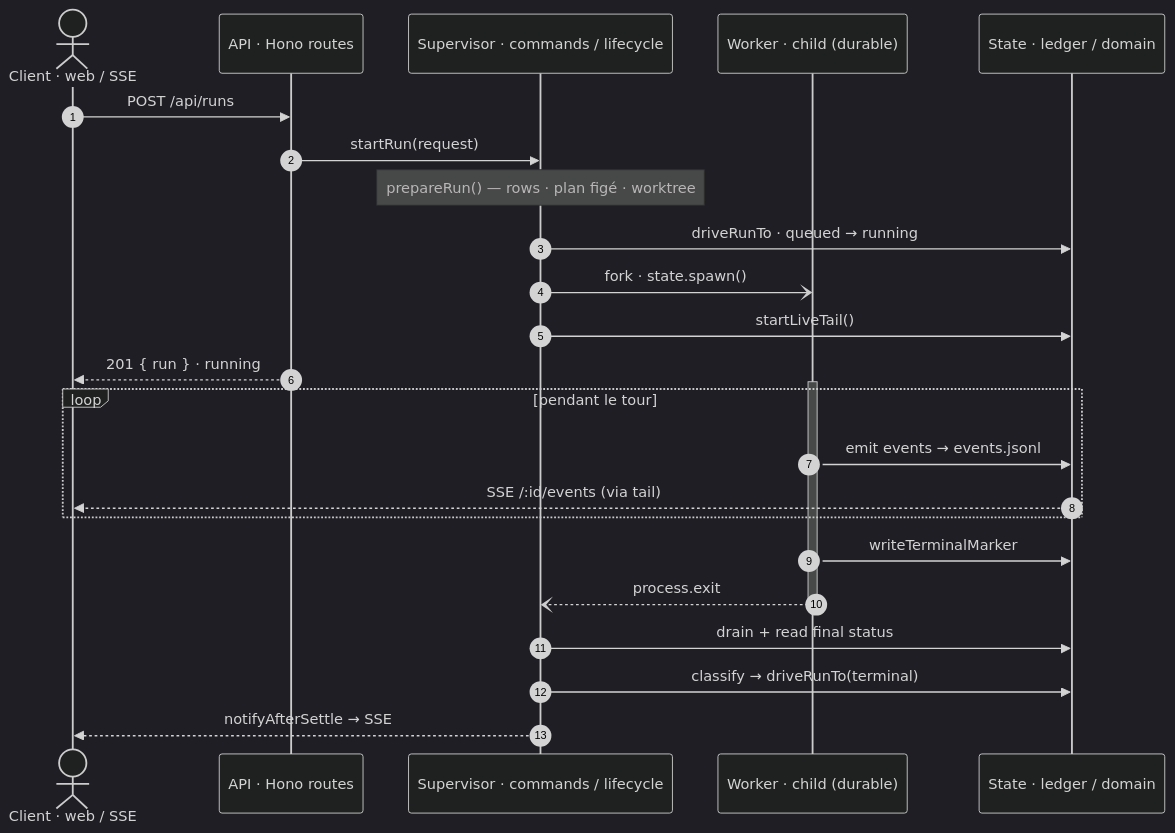
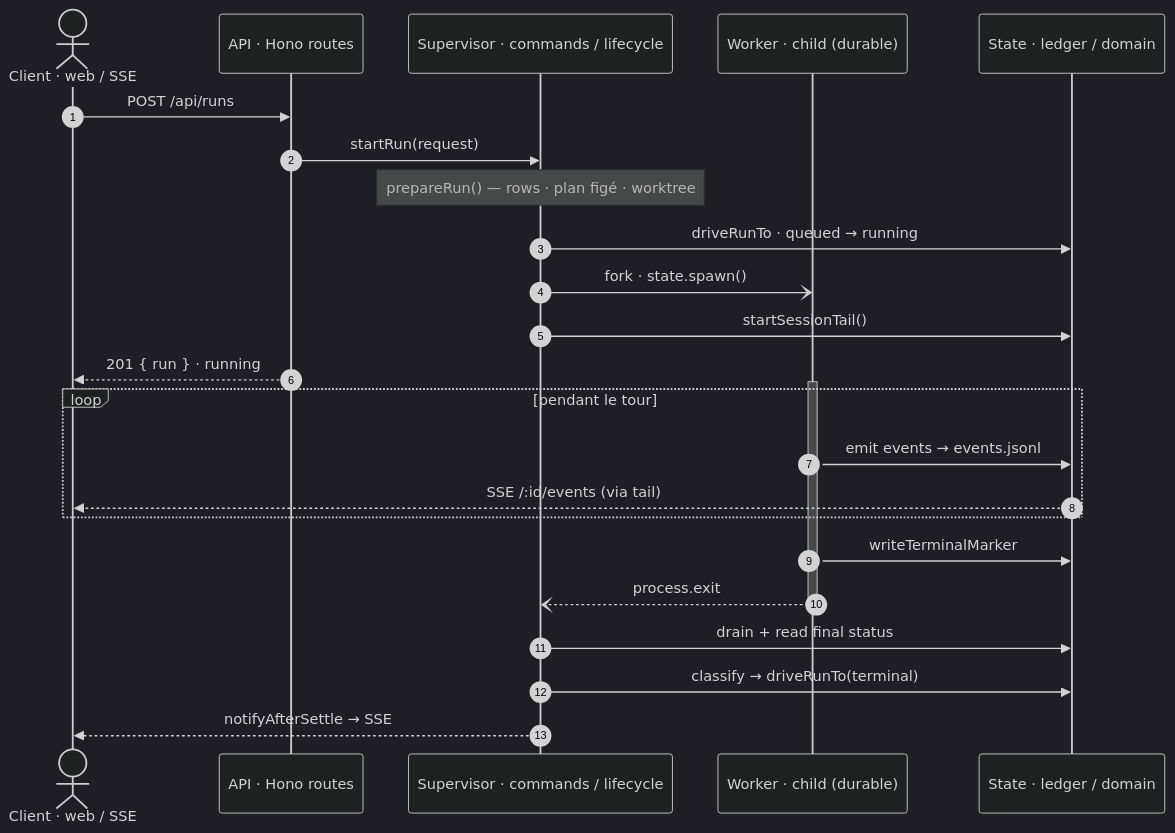
One commit to alimtunc/otomat changed the first of 3 diagrams in docs/ai/run-lifecycle.md. Above: the diagram before and after it, drawn with Mermaid (dark theme). The commit also changed other lines of this file and 122 other files, not shown here.

````diff
--- a/docs/ai/run-lifecycle.md
+++ b/docs/ai/run-lifecycle.md
@@ -18,30 +18,30 @@
 ```mermaid
 sequenceDiagram
     autonumber
     actor UI as Client · web / SSE
     participant API as API · Hono routes
     participant SUP as Supervisor · commands / lifecycle
     participant W as Worker · child (durable)
     participant ST as State · ledger / domain
 
     UI->>API: POST /api/runs
     API->>SUP: startRun(request)
     Note over SUP: prepareRun() — rows · plan figé · worktree
     SUP->>ST: driveRunTo · queued → running
     SUP-)W: fork · state.spawn()
-    SUP->>ST: startLiveTail()
+    SUP->>ST: startSessionTail()
     API-->>UI: 201 { run } · running
 
     activate W
     loop pendant le tour
         W->>ST: emit events → events.jsonl
         ST-->>UI: SSE /:id/events (via tail)
     end
     W->>ST: writeTerminalMarker
     W--)SUP: process.exit
     deactivate W
 
     SUP->>ST: drain + read final status
     SUP->>ST: classify → driveRunTo(terminal)
     SUP-->>UI: notifyAfterSettle → SSE
 ```
````
